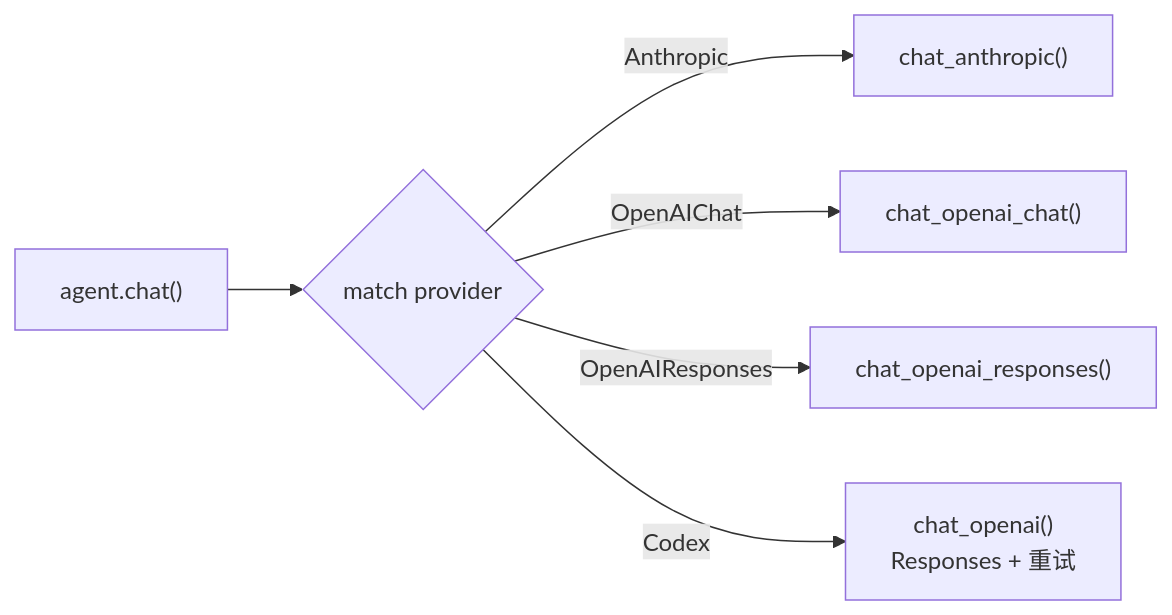
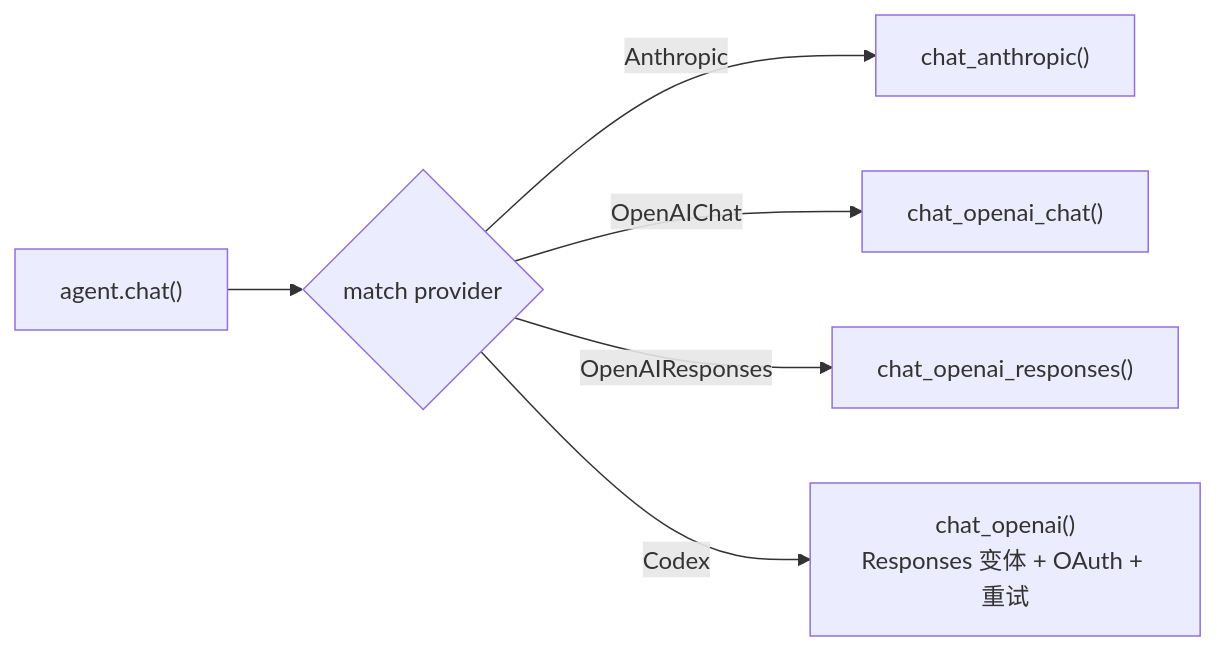
One commit to shiwenwen/hope-agent changed the third of 16 diagrams in docs/architecture/provider-system.md. Above: the diagram before and after it, drawn with Mermaid. The commit also changed other lines of this file and 2 other files, not shown here.

First line of the commit message:
🦭docs: 大件一遍稿（backend-separation/provider-system/memory）——待补对抗校验

````diff
--- a/docs/architecture/provider-system.md
+++ b/docs/architecture/provider-system.md
@@ -223,8 +205,8 @@
 ```mermaid
 flowchart LR
-  chat["agent.chat()"] --> match{match provider}
-  match -->|Anthropic| A["chat_anthropic()"]
-  match -->|OpenAIChat| B["chat_openai_chat()"]
-  match -->|OpenAIResponses| C["chat_openai_responses()"]
-  match -->|Codex| D["chat_openai()<br/>Responses + 重试"]
+  chat["agent.chat()"] --> M{"match provider"}
+  M -->|Anthropic| A["chat_anthropic()"]
+  M -->|OpenAIChat| B["chat_openai_chat()"]
+  M -->|OpenAIResponses| C["chat_openai_responses()"]
+  M -->|Codex| D["chat_openai()<br/>Responses 变体 + OAuth + 重试"]
 ```
````
